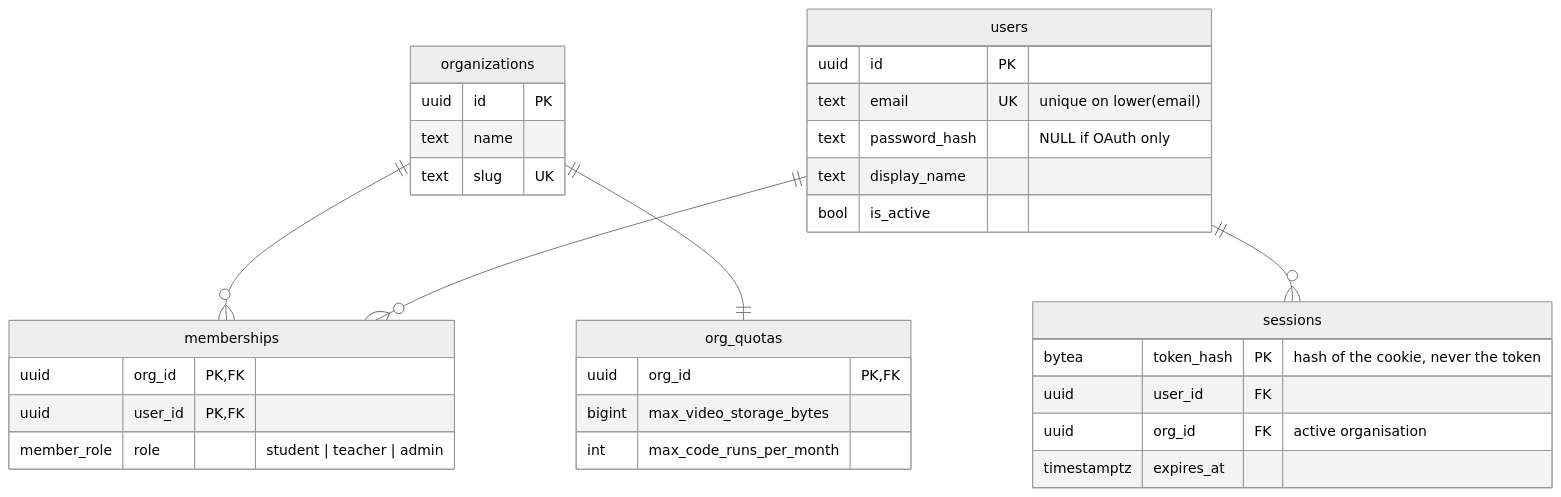
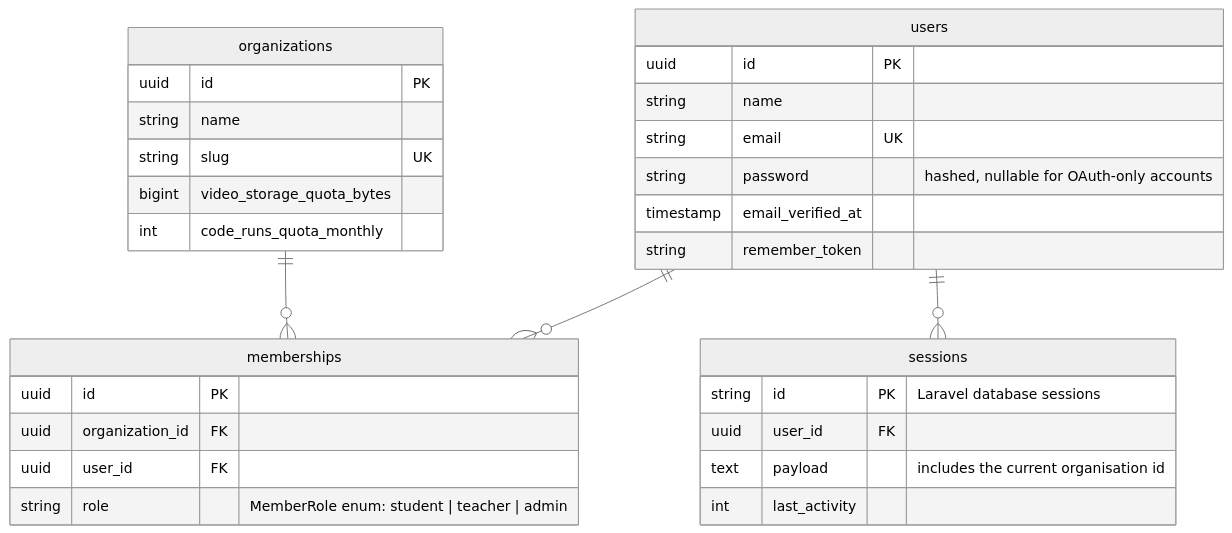
One commit to lucaszebre/ANNUALPROJECT-IWJ3 changed the second of 6 diagrams in docs/data-model.md. Above: the diagram before and after it, drawn with Mermaid (neutral theme). The commit also changed other lines of this file and 2 other files, not shown here.

First line of the commit message:
docs(db): rework the data model for Laravel

````diff
--- a/docs/data-model.md
+++ b/docs/data-model.md
@@ -70,35 +53,33 @@
 ```mermaid
 erDiagram
     organizations ||--o{ memberships : ""
     users ||--o{ memberships : ""
     users ||--o{ sessions : ""
-    organizations ||--|| org_quotas : ""
     organizations {
         uuid id PK
-        text name
-        text slug UK
+        string name
+        string slug UK
+        bigint video_storage_quota_bytes
+        int code_runs_quota_monthly
     }
     users {
         uuid id PK
-        text email UK "unique on lower(email)"
-        text password_hash "NULL if OAuth only"
-        text display_name
-        bool is_active
+        string name
+        string email UK
+        string password "hashed, nullable for OAuth-only accounts"
+        timestamp email_verified_at
+        string remember_token
     }
     memberships {
-        uuid org_id PK, FK
-        uuid user_id PK, FK
-        member_role role "student | teacher | admin"
+        uuid id PK
+        uuid organization_id FK
+        uuid user_id FK
+        string role "MemberRole enum: student | teacher | admin"
     }
     sessions {
-        bytea token_hash PK "hash of the cookie, never the token"
+        string id PK "Laravel database sessions"
         uuid user_id FK
-        uuid org_id FK "active organisation"
-        timestamptz expires_at
-    }
-    org_quotas {
-        uuid org_id PK, FK
-        bigint max_video_storage_bytes
-        int max_code_runs_per_month
+        text payload "includes the current organisation id"
+        int last_activity
     }
 ```
````
